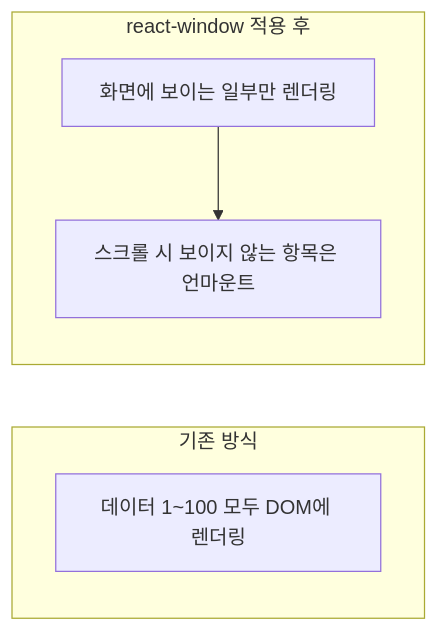
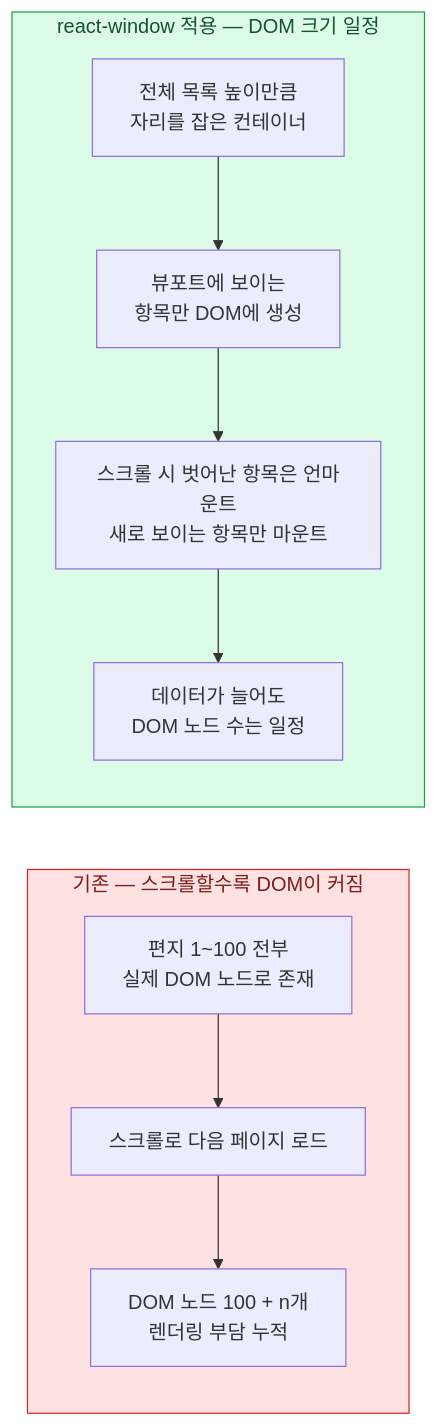
One commit to codefug/codefug.github.io changed the second of 2 diagrams in markdown/2024-12-25-project/ko/content.mdx. Above: the diagram before and after it, drawn with Mermaid. The commit also changed other lines of this file, not shown here.

````diff
--- a/markdown/2024-12-25-project/ko/content.mdx
+++ b/markdown/2024-12-25-project/ko/content.mdx
@@ -95,9 +85,18 @@
 ```mermaid
 flowchart LR
-  subgraph before["기존 방식"]
-    A1["데이터 1~100 모두 DOM에 렌더링"]
+  subgraph before["기존 — 스크롤할수록 DOM이 커짐"]
+    direction TB
+    B1["편지 1~100 전부<br/>실제 DOM 노드로 존재"] --> B2["스크롤로 다음 페이지 로드"]
+    B2 --> B3["DOM 노드 100 + n개<br/>렌더링 부담 누적"]
   end
-  subgraph after["react-window 적용 후"]
-    A2["화면에 보이는 일부만 렌더링"] --> A3["스크롤 시 보이지 않는 항목은 언마운트"]
+
+  subgraph after["react-window 적용 — DOM 크기 일정"]
+    direction TB
+    A1["전체 목록 높이만큼<br/>자리를 잡은 컨테이너"] --> A2["뷰포트에 보이는<br/>항목만 DOM에 생성"]
+    A2 --> A3["스크롤 시 벗어난 항목은 언마운트<br/>새로 보이는 항목만 마운트"]
+    A3 --> A4["데이터가 늘어도<br/>DOM 노드 수는 일정"]
   end
+
+  style before fill:#fee2e2,stroke:#dc2626,color:#7f1d1d
+  style after fill:#dcfce7,stroke:#16a34a,color:#14532d
 ```
````
